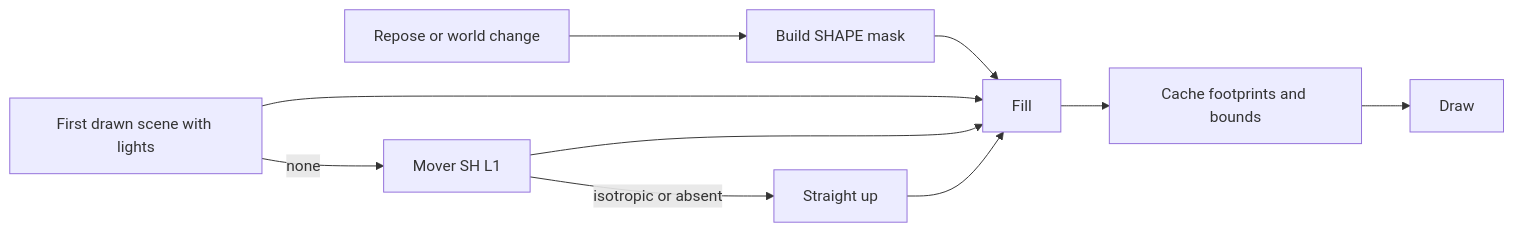
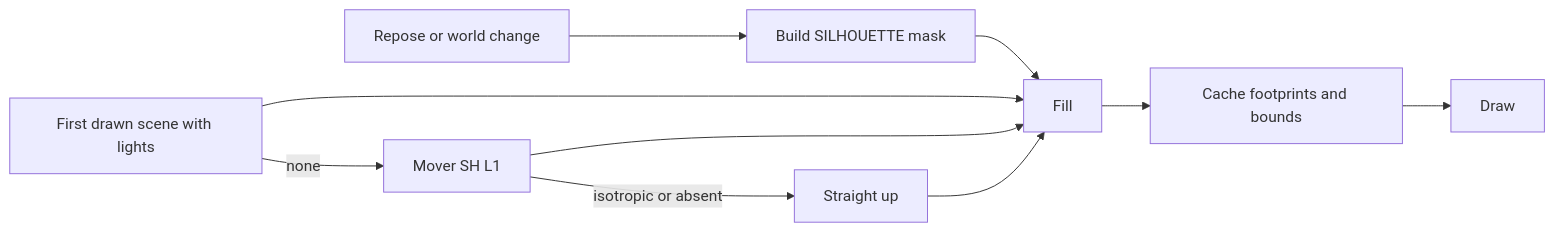
The second of 2 diagrams in docs/render/animation/Skinned-Meshes.md (jose-villegas/autana), drawn with Mermaid before and after one commit. The commit also changed other lines of this file and 18 other files, not shown here.

Commit message:
scene: name the silhouette contact shape explicitly

````diff
--- a/docs/render/animation/Skinned-Meshes.md
+++ b/docs/render/animation/Skinned-Meshes.md
@@ -202,11 +202,11 @@
 ```mermaid
 flowchart LR
-    Repose["Repose or world change"] --> Mask["Build SHAPE mask"]
+    Repose["Repose or world change"] --> Mask["Build SILHOUETTE mask"]
     Mask --> Fill["Fill"]
     Lights["First drawn scene with lights"] -->|none| SH["Mover SH L1"]
     SH -->|isotropic or absent| Up["Straight up"]
     Lights --> Fill
     SH --> Fill
     Up --> Fill
     Fill --> Bounds["Cache footprints and bounds"] --> Draw["Draw"]
 ```
````
